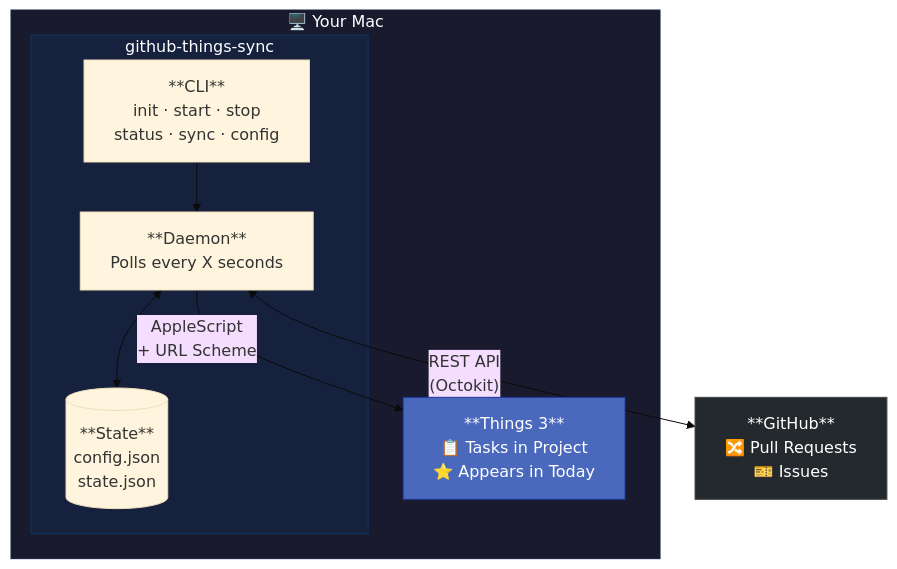
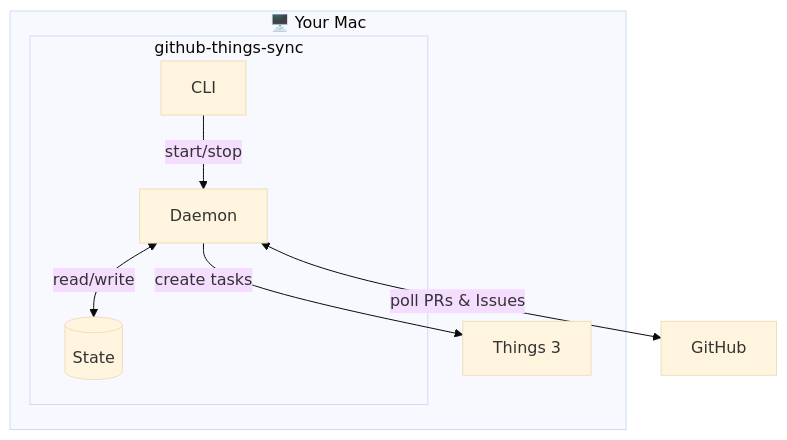
The first of 2 diagrams in README.md (yungweng/github-things-sync), drawn with Mermaid (base theme) before and after one commit.

Commit message:
fix: simplify mermaid diagram (remove broken newlines)

````diff
--- a/README.md
+++ b/README.md
@@ -80,23 +80,18 @@
 ```mermaid
 flowchart TB
     subgraph mac["🖥️ Your Mac"]
         subgraph app["github-things-sync"]
-            CLI["**CLI**\ninit · start · stop\nstatus · sync · config"]
-            Daemon["**Daemon**\nPolls every X seconds"]
-            State[("**State**\nconfig.json\nstate.json")]
+            CLI[CLI]
+            Daemon[Daemon]
+            State[(State)]
         end
-        Things["**Things 3**\n📋 Tasks in Project\n⭐ Appears in Today"]
+        Things[Things 3]
     end
 
-    GitHub["**GitHub**\n🔀 Pull Requests\n🎫 Issues"]
+    GitHub[GitHub]
 
-    CLI --> Daemon
-    Daemon <--> State
-    Daemon -->|"AppleScript\n+ URL Scheme"| Things
-    Daemon <-->|"REST API\n(Octokit)"| GitHub
-
-    style mac fill:#1a1a2e,stroke:#16213e,color:#fff
-    style app fill:#16213e,stroke:#0f3460,color:#fff
-    style Things fill:#4a69bd,stroke:#1e3799,color:#fff
-    style GitHub fill:#24292e,stroke:#444,color:#fff
+    CLI -->|start/stop| Daemon
+    Daemon <-->|read/write| State
+    Daemon -->|create tasks| Things
+    Daemon <-->|poll PRs & Issues| GitHub
 ```
````
